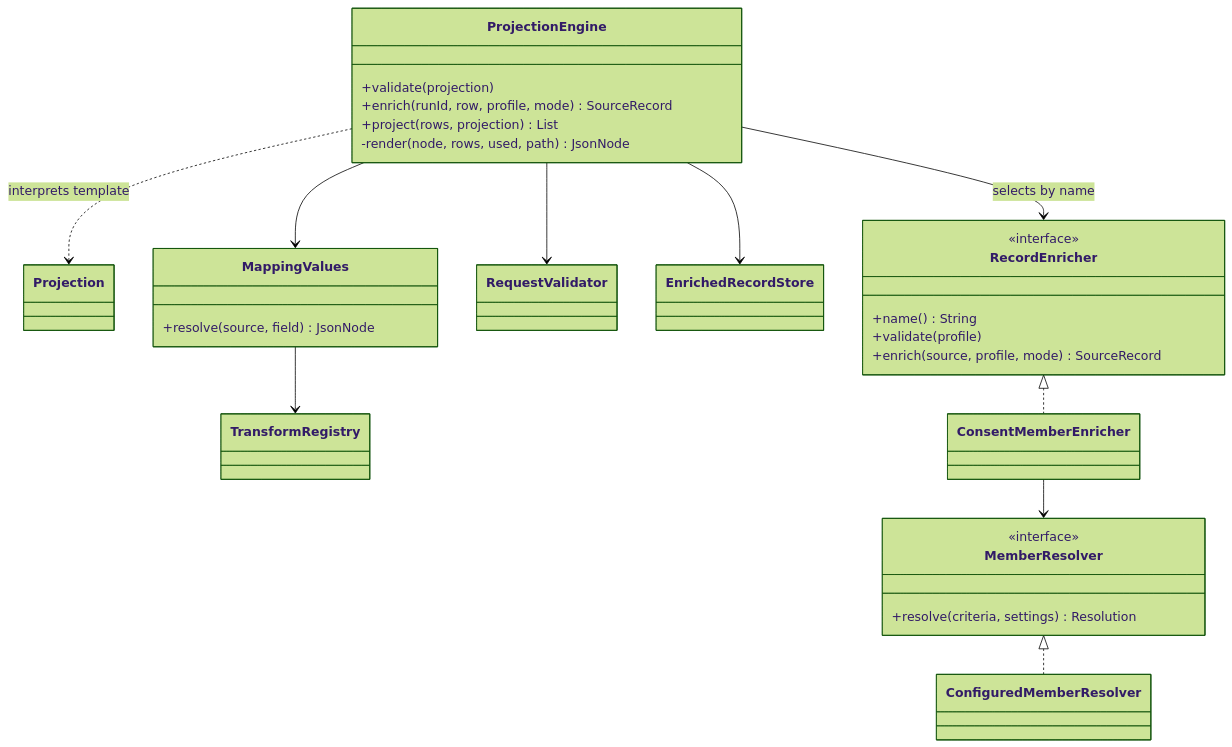
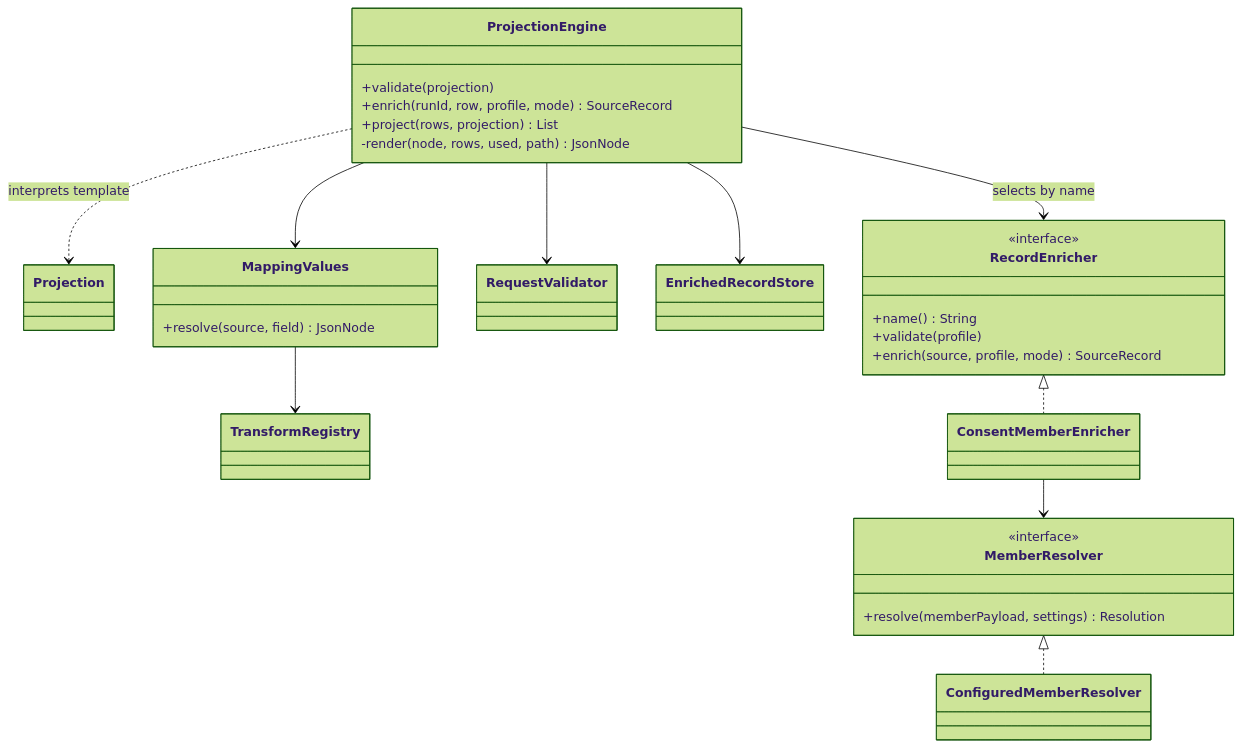
Before and after one commit to jenbrick/fileadapter: the diagram in docs/diagrams/classes-projection.mmd, drawn with Mermaid (forest theme). The commit also changed 20 other files, not shown here.

```diff
--- a/docs/diagrams/classes-projection.mmd
+++ b/docs/diagrams/classes-projection.mmd
@@ -1,36 +1,36 @@
 classDiagram
     direction TB
     class ProjectionEngine {
         +validate(projection)
         +enrich(runId, row, profile, mode) SourceRecord
         +project(rows, projection) List
         -render(node, rows, used, path) JsonNode
     }
     class Projection
     class MappingValues {
         +resolve(source, field) JsonNode
     }
     class TransformRegistry
     class RequestValidator
     class EnrichedRecordStore
     class RecordEnricher {
         <<interface>>
         +name() String
         +validate(profile)
         +enrich(source, profile, mode) SourceRecord
     }
     class ConsentMemberEnricher
     class MemberResolver {
         <<interface>>
-        +resolve(criteria, settings) Resolution
+        +resolve(memberPayload, settings) Resolution
     }
     class ConfiguredMemberResolver
     ProjectionEngine ..> Projection : interprets template
     ProjectionEngine --> MappingValues
     ProjectionEngine --> RequestValidator
     ProjectionEngine --> EnrichedRecordStore
     ProjectionEngine --> RecordEnricher : selects by name
     MappingValues --> TransformRegistry
     RecordEnricher <|.. ConsentMemberEnricher
     ConsentMemberEnricher --> MemberResolver
     MemberResolver <|.. ConfiguredMemberResolver
```
